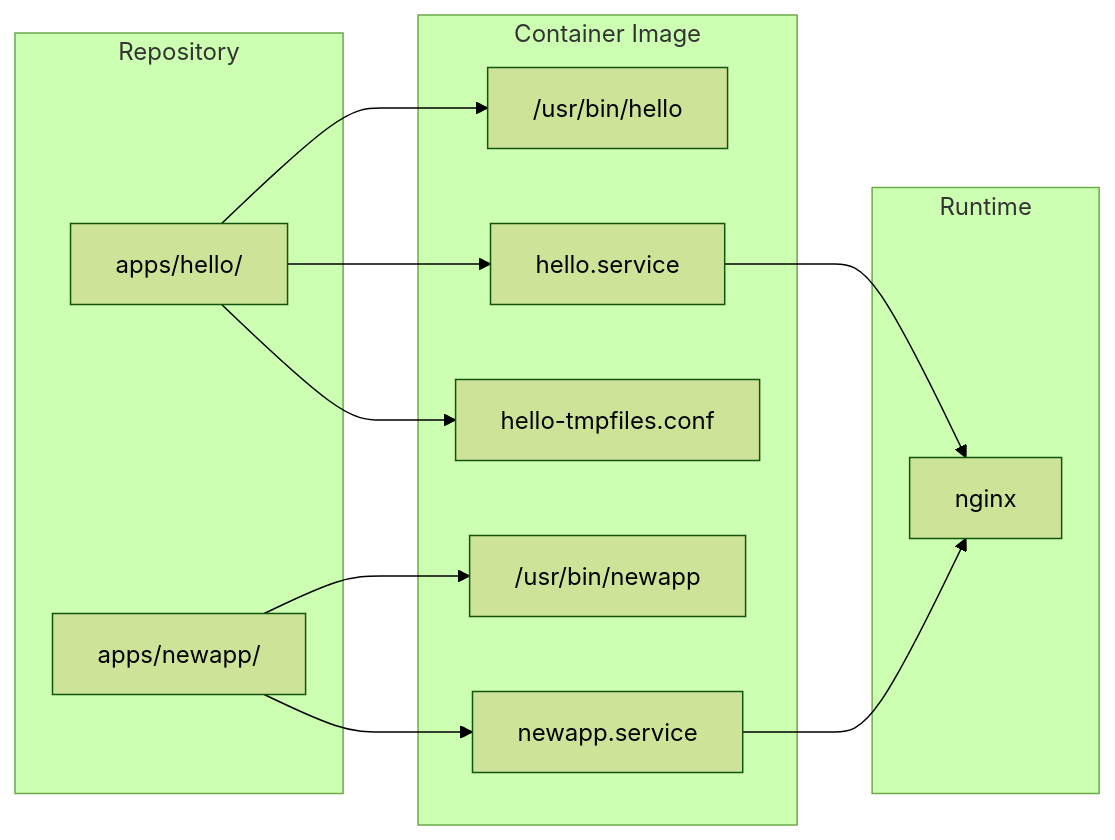
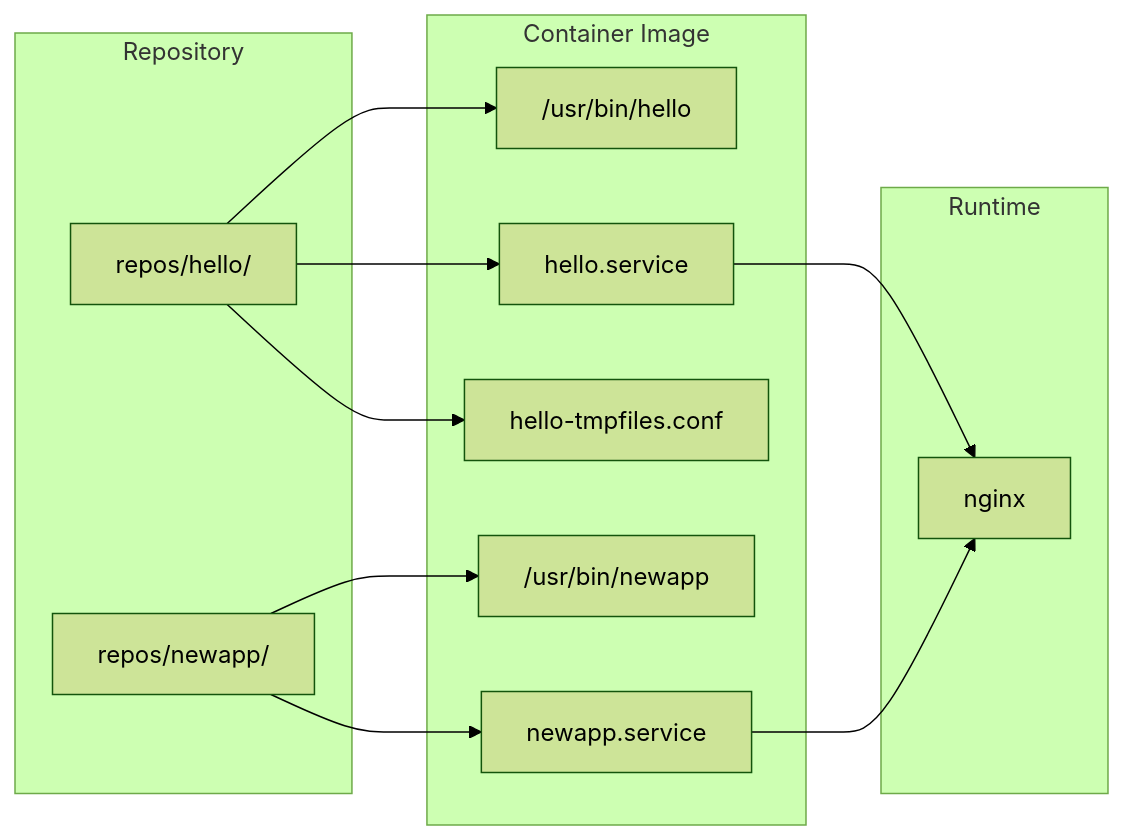
The fifth of 6 diagrams in docs/000-architecture-overview.md (duyhenryer/bootc-testboot), drawn with Mermaid (forest theme) before and after one commit. The commit also changed other lines of this file and 5 other files, not shown here.

Commit message:
docs: align architecture documentation with rootfs overlay and builder patterns

````diff
--- a/docs/000-architecture-overview.md
+++ b/docs/000-architecture-overview.md
@@ -181,20 +181,20 @@
 ```mermaid
 flowchart LR
     subgraph Repo["Repository"]
-        A[apps/hello/]
-        B[apps/newapp/]
+        A[repos/hello/]
+        B[repos/newapp/]
     end
 
     subgraph Image["Container Image"]
         A --> BIN["/usr/bin/hello"]
         A --> SVC["hello.service"]
         A --> TMP["hello-tmpfiles.conf"]
         B --> BIN2["/usr/bin/newapp"]
         B --> SVC2["newapp.service"]
     end
 
     subgraph Runtime["Runtime"]
         SVC --> NGINX[nginx]
         SVC2 --> NGINX
     end
 ```
````
